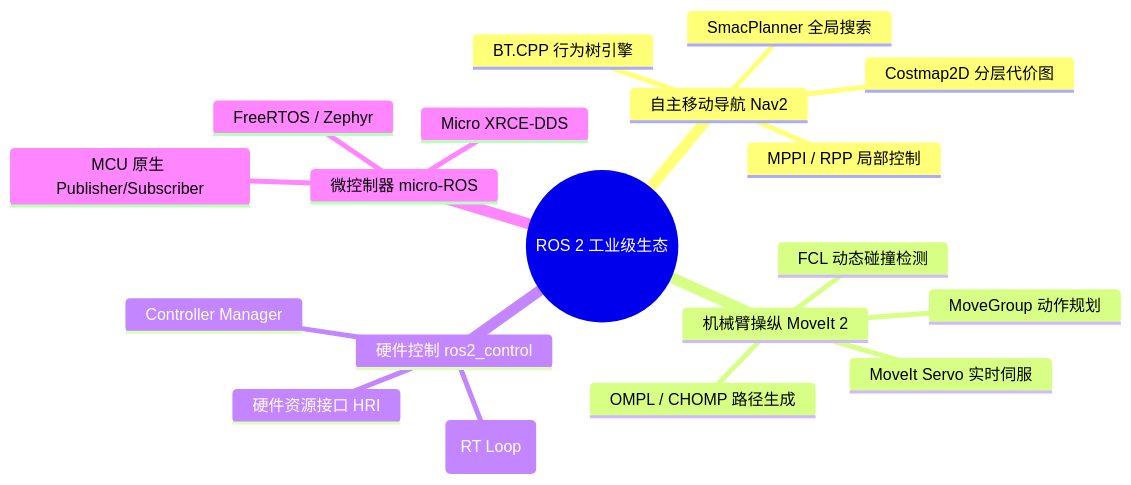
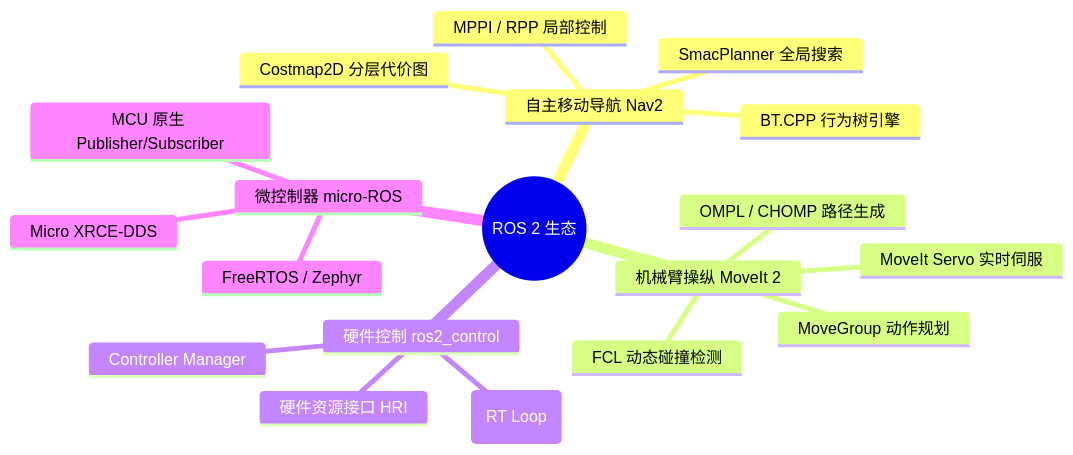
Before and after one commit to TingdeLiu/tingdeliu.github.io: diagram 16 of 21 in _posts/research/2026-03-05-ROS2-Survey.md, drawn with Mermaid. The commit also changed other lines of this file, not shown here.

First line of the commit message:
Improve ROS 2 survey readability and fix technical errors

````diff
--- a/_posts/research/2026-03-05-ROS2-Survey.md
+++ b/_posts/research/2026-03-05-ROS2-Survey.md
@@ -953,22 +874,22 @@
 ```mermaid
 mindmap
-  root((ROS 2 工业级生态))
+  root((ROS 2 生态))
     自主移动导航 Nav2
       BT.CPP 行为树引擎
       SmacPlanner 全局搜索
       MPPI / RPP 局部控制
       Costmap2D 分层代价图
     机械臂操纵 MoveIt 2
       MoveGroup 动作规划
       OMPL / CHOMP 路径生成
       MoveIt Servo 实时伺服
       FCL 动态碰撞检测
     硬件控制 ros2_control
       Controller Manager
       硬件资源接口 HRI
       实时控制环 (RT Loop)
     微控制器 micro-ROS
       Micro XRCE-DDS
       FreeRTOS / Zephyr
       MCU 原生 Publisher/Subscriber
 ```
````
